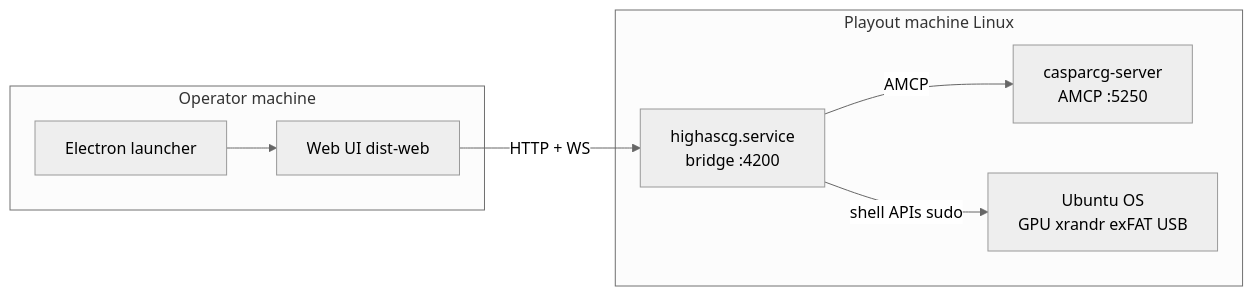
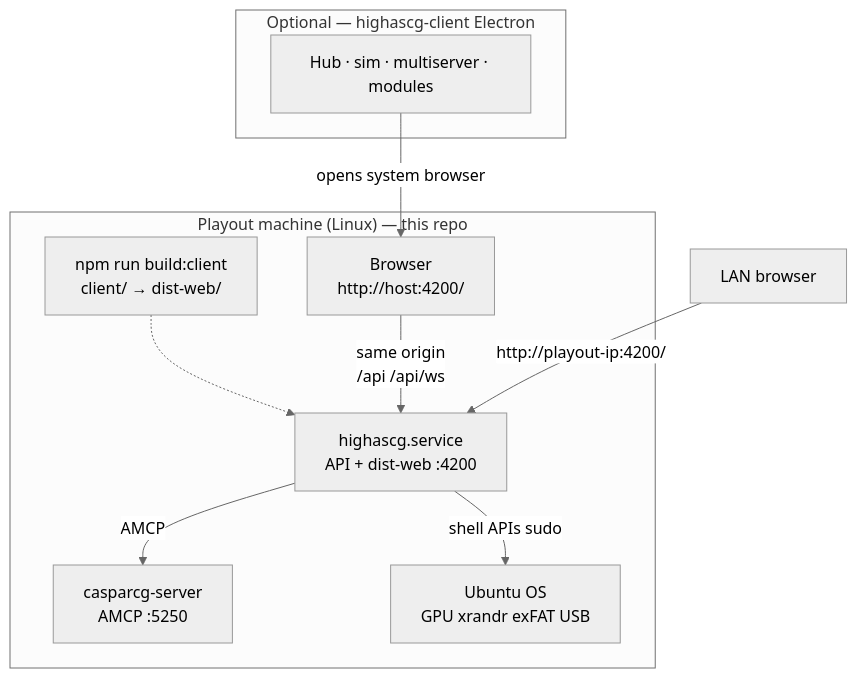
The diagram in docs/ARCHITECTURE.md (mko1989/highascg), drawn with Mermaid (neutral theme) before and after one commit. The commit also changed other lines of this file and 683 other files, not shown here.

````diff
--- a/docs/ARCHITECTURE.md
+++ b/docs/ARCHITECTURE.md
@@ -37,18 +48,21 @@
 ```mermaid
-flowchart LR
-  subgraph clientMachine["Operator machine"]
-    EL["Electron launcher"]
-    UI["Web UI dist-web"]
-    EL --> UI
-  end
-
-  subgraph playout["Playout machine Linux"]
-    SVC["highascg.service\nbridge :4200"]
+flowchart TB
+  subgraph playout["Playout machine (Linux) — this repo"]
+    Browser["Browser\nhttp://host:4200/"]
+    SVC["highascg.service\nAPI + dist-web :4200"]
     Caspar["casparcg-server\nAMCP :5250"]
     OS["Ubuntu OS\nGPU xrandr exFAT USB"]
+    Build["npm run build:client\nclient/ → dist-web/"]
+    Build -.-> SVC
+    Browser -->|"same origin\n/api /api/ws"| SVC
     SVC -->|"AMCP"| Caspar
     SVC -->|"shell APIs sudo"| OS
   end
 
-  UI -->|"HTTP + WS"| SVC
+  subgraph optional["Optional — highascg-client Electron"]
+    EL["Hub · sim · multiserver · modules"]
+    EL -->|"opens system browser"| Browser
+  end
+
+  LAN["LAN browser"] -->|"http://playout-ip:4200/"| SVC
 ```
````
